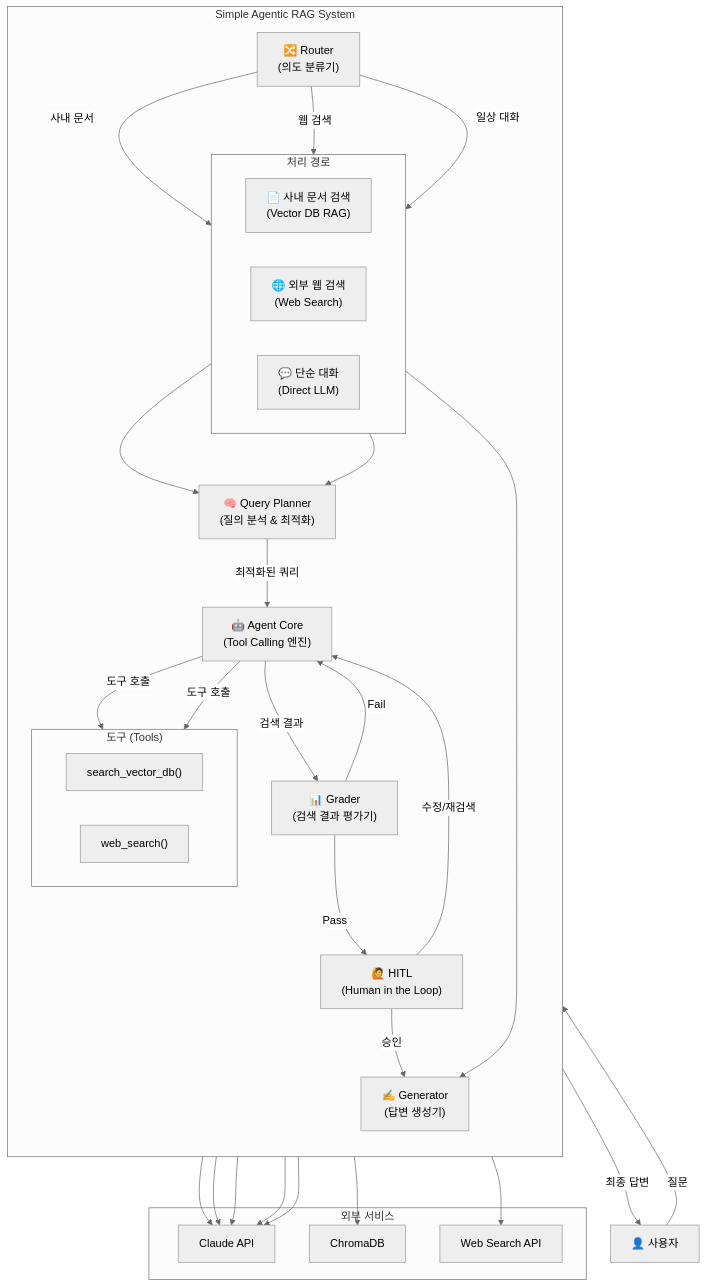
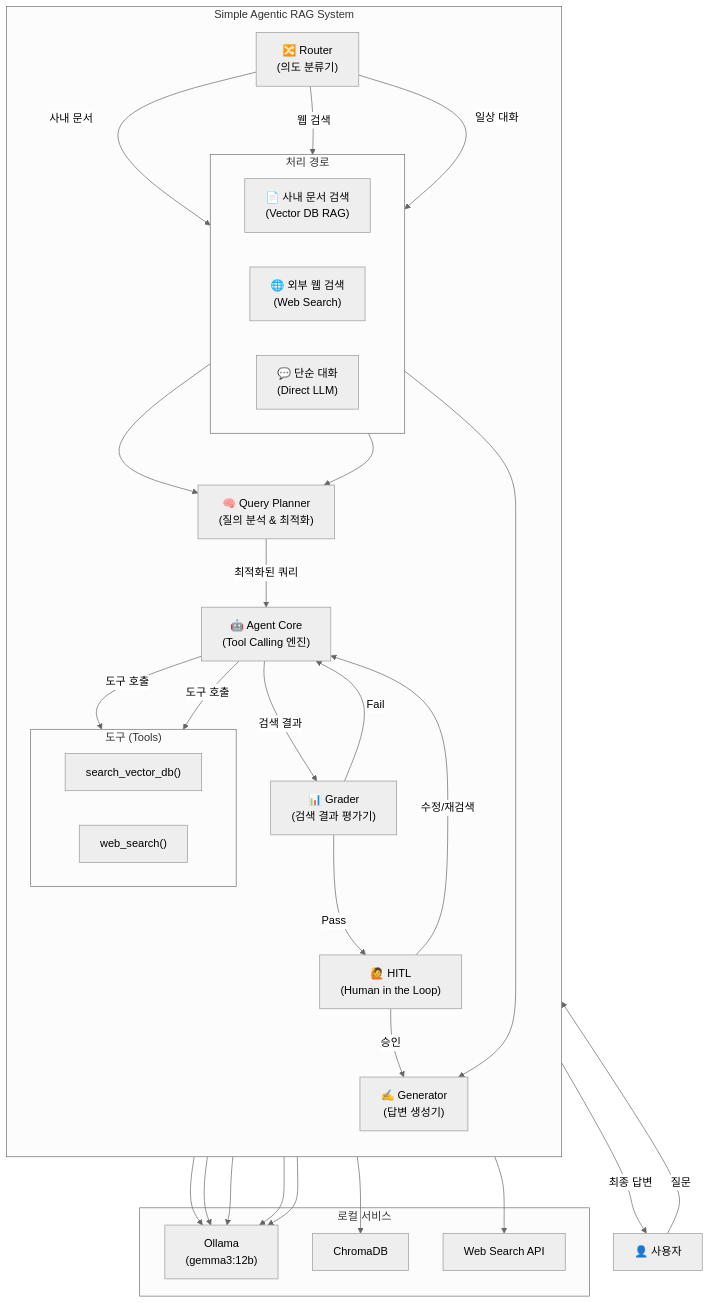
One commit to laurus-kpa007/agentic-rag-bot changed the first of 12 diagrams in docs/architecture.md. Above: the diagram before and after it, drawn with Mermaid (neutral theme). The commit also changed other lines of this file and 4 other files, not shown here.

````diff
--- a/docs/architecture.md
+++ b/docs/architecture.md
@@ -7,71 +7,71 @@
 ```mermaid
 graph TB
     User["👤 사용자"]
 
     subgraph "Simple Agentic RAG System"
         direction TB
 
         Router["🔀 Router<br/>(의도 분류기)"]
 
         subgraph "처리 경로"
             direction LR
             Path1["📄 사내 문서 검색<br/>(Vector DB RAG)"]
             Path2["🌐 외부 웹 검색<br/>(Web Search)"]
             Path3["💬 단순 대화<br/>(Direct LLM)"]
         end
 
         Planner["🧠 Query Planner<br/>(질의 분석 & 최적화)"]
 
         Agent["🤖 Agent Core<br/>(Tool Calling 엔진)"]
 
         subgraph "도구 (Tools)"
             direction LR
             Tool1["search_vector_db()"]
             Tool2["web_search()"]
         end
 
         Grader["📊 Grader<br/>(검색 결과 평가기)"]
 
         HITL["🙋 HITL<br/>(Human in the Loop)"]
 
         Generator["✍️ Generator<br/>(답변 생성기)"]
     end
 
-    subgraph "외부 서비스"
-        LLM["Claude API"]
+    subgraph "로컬 서비스"
+        LLM["Ollama<br/>(gemma3:12b)"]
         VectorDB["ChromaDB"]
         WebAPI["Web Search API"]
     end
 
     User -->|"질문"| Router
     Router -->|"사내 문서"| Path1
     Router -->|"웹 검색"| Path2
     Router -->|"일상 대화"| Path3
 
     Path1 --> Planner
     Path2 --> Planner
     Path3 --> Generator
 
     Planner -->|"최적화된 쿼리"| Agent
 
     Agent -->|"도구 호출"| Tool1
     Agent -->|"도구 호출"| Tool2
 
     Tool1 --> VectorDB
     Tool2 --> WebAPI
 
     Agent -->|"검색 결과"| Grader
     Grader -->|"Pass"| HITL
     Grader -->|"Fail"| Agent
 
     HITL -->|"승인"| Generator
     HITL -->|"수정/재검색"| Agent
 
     Agent --> LLM
     Router --> LLM
     Planner --> LLM
     Grader --> LLM
     Generator --> LLM
 
     Generator -->|"최종 답변"| User
 ```
````
